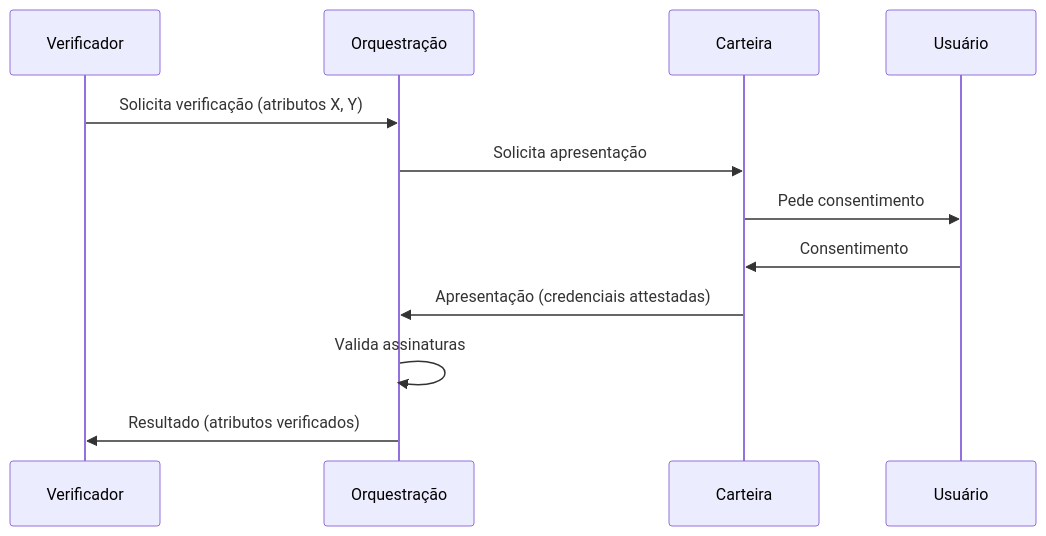
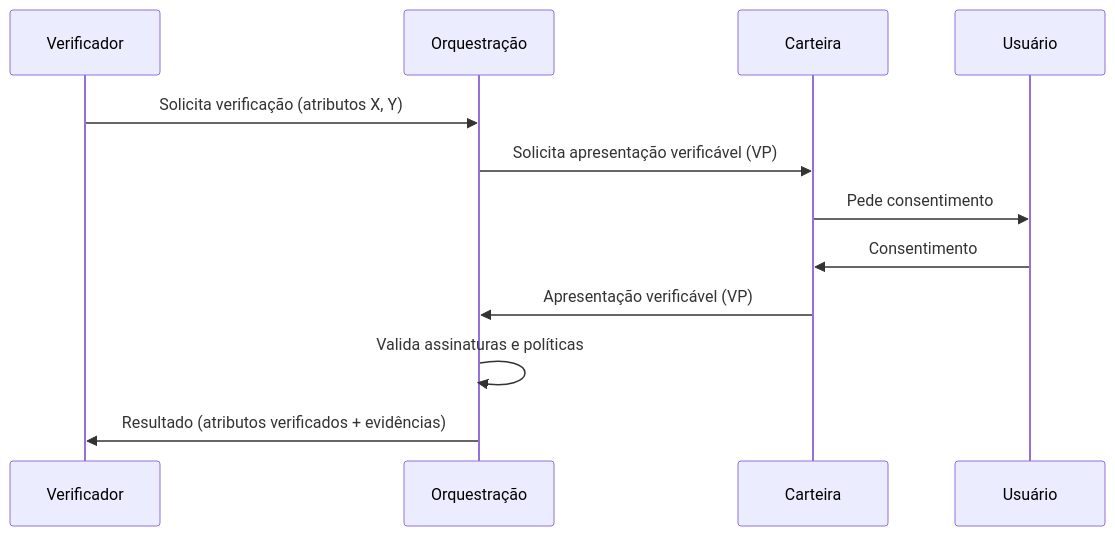
The second of 2 diagrams in ultima-forma-business-plan/17-appendix.md (Yuri-Lima/UltimaForma), drawn with Mermaid before and after one commit. The commit also changed other lines of this file and 16 other files, not shown here.

````diff
--- a/ultima-forma-business-plan/17-appendix.md
+++ b/ultima-forma-business-plan/17-appendix.md
@@ -24,15 +28,15 @@
 ```mermaid
 sequenceDiagram
     participant V as Verificador
     participant O as Orquestração
     participant C as Carteira
     participant U as Usuário
 
     V->>O: Solicita verificação (atributos X, Y)
-    O->>C: Solicita apresentação
+    O->>C: Solicita apresentação verificável (VP)
     C->>U: Pede consentimento
     U->>C: Consentimento
-    C->>O: Apresentação (credenciais attestadas)
-    O->>O: Valida assinaturas
-    O->>V: Resultado (atributos verificados)
+    C->>O: Apresentação verificável (VP)
+    O->>O: Valida assinaturas e políticas
+    O->>V: Resultado (atributos verificados + evidências)
 ```
````
